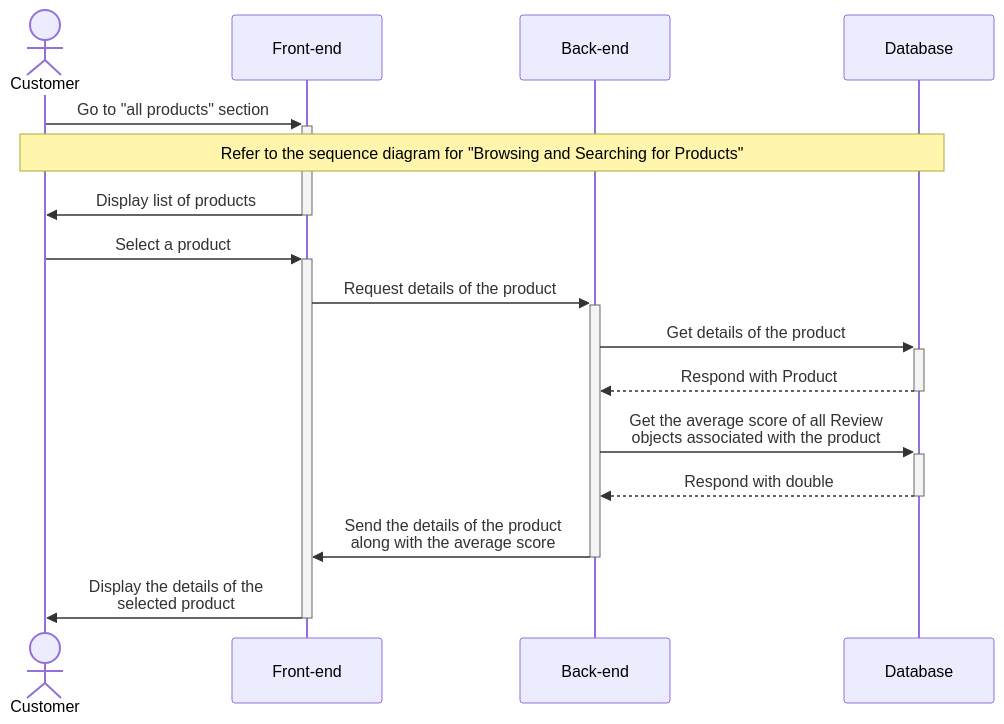
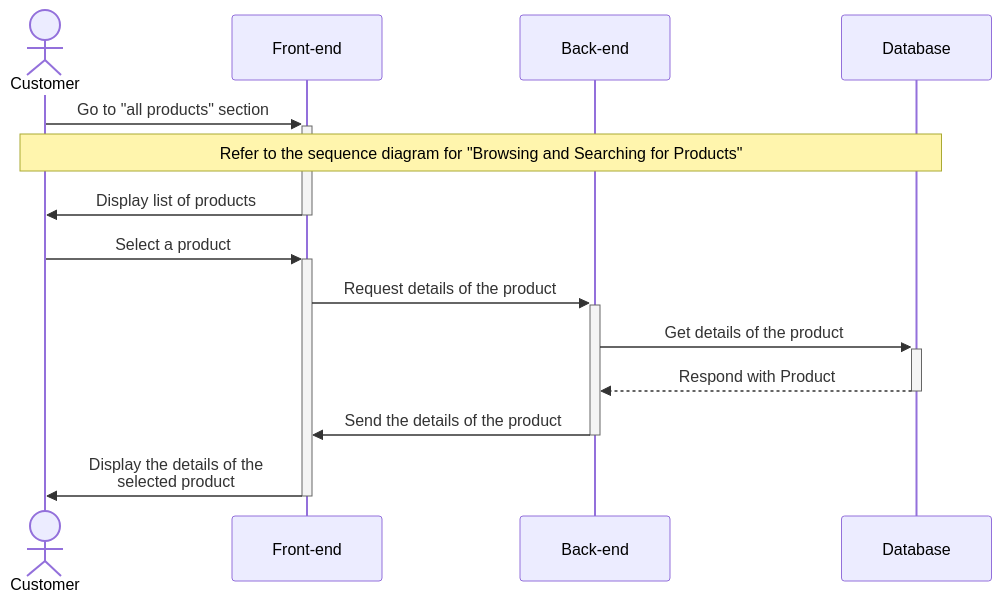
Before and after one commit to MCBUKimono/docs: the diagram in sequence_4_viewing_product_details.mermaid, drawn with Mermaid. The commit also changed 1 other file, not shown here.

Commit message:
Denormalize average score for products

```diff
--- a/sequence_4_viewing_product_details.mermaid
+++ b/sequence_4_viewing_product_details.mermaid
@@ -1,19 +1,16 @@
 sequenceDiagram
     actor Customer
     participant FE as Front-end
     participant BE as Back-end
     participant DB as Database
 
     Customer ->>+ FE: Go to "all products" section
     note over Customer,DB: Refer to the sequence diagram for "Browsing and Searching for Products"
     FE ->>- Customer: Display list of products
 
     Customer ->>+ FE: Select a product
     FE ->>+ BE: Request details of the product
     BE ->>+ DB: Get details of the product
     DB -->>- BE: Respond with Product
-    BE ->>+ DB: Get the average score of all Review<br>objects associated with the product
-    DB -->>- BE: Respond with double
-
-    BE ->>- FE: Send the details of the product<br>along with the average score
+    BE ->>- FE: Send the details of the product
     FE ->>- Customer: Display the details of the<br>selected product
```
